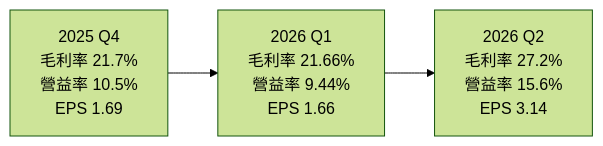
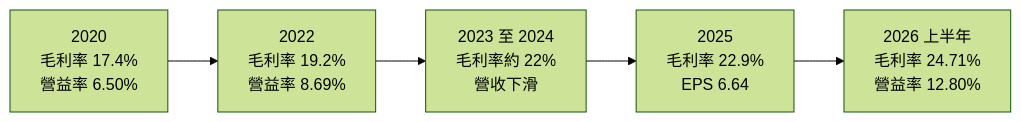
The third of 4 diagrams in 個股/台股/2301光寶科.md (wangnick1004/taiwan-stock-vault), drawn with Mermaid (forest theme) before and after one commit. The commit also changed other lines of this file and 5 other files, not shown here.

````diff
--- a/個股/台股/2301光寶科.md
+++ b/個股/台股/2301光寶科.md
@@ -134,4 +132,4 @@
 ```mermaid
 flowchart LR
-    Q4["2025 Q4<br/>毛利率 21.7%<br/>營益率 10.5%<br/>EPS 1.69"] --> Q1["2026 Q1<br/>毛利率 21.66%<br/>營益率 9.44%<br/>EPS 1.66"] --> Q2["2026 Q2<br/>毛利率 27.2%<br/>營益率 15.6%<br/>EPS 3.14"]
+    Y1["2020<br/>毛利率 17.4%<br/>營益率 6.50%"] --> Y2["2022<br/>毛利率 19.2%<br/>營益率 8.69%"] --> Y3["2023 至 2024<br/>毛利率約 22%<br/>營收下滑"] --> Y4["2025<br/>毛利率 22.9%<br/>EPS 6.64"] --> Y5["2026 上半年<br/>毛利率 24.71%<br/>營益率 12.80%"]
 ```
````
